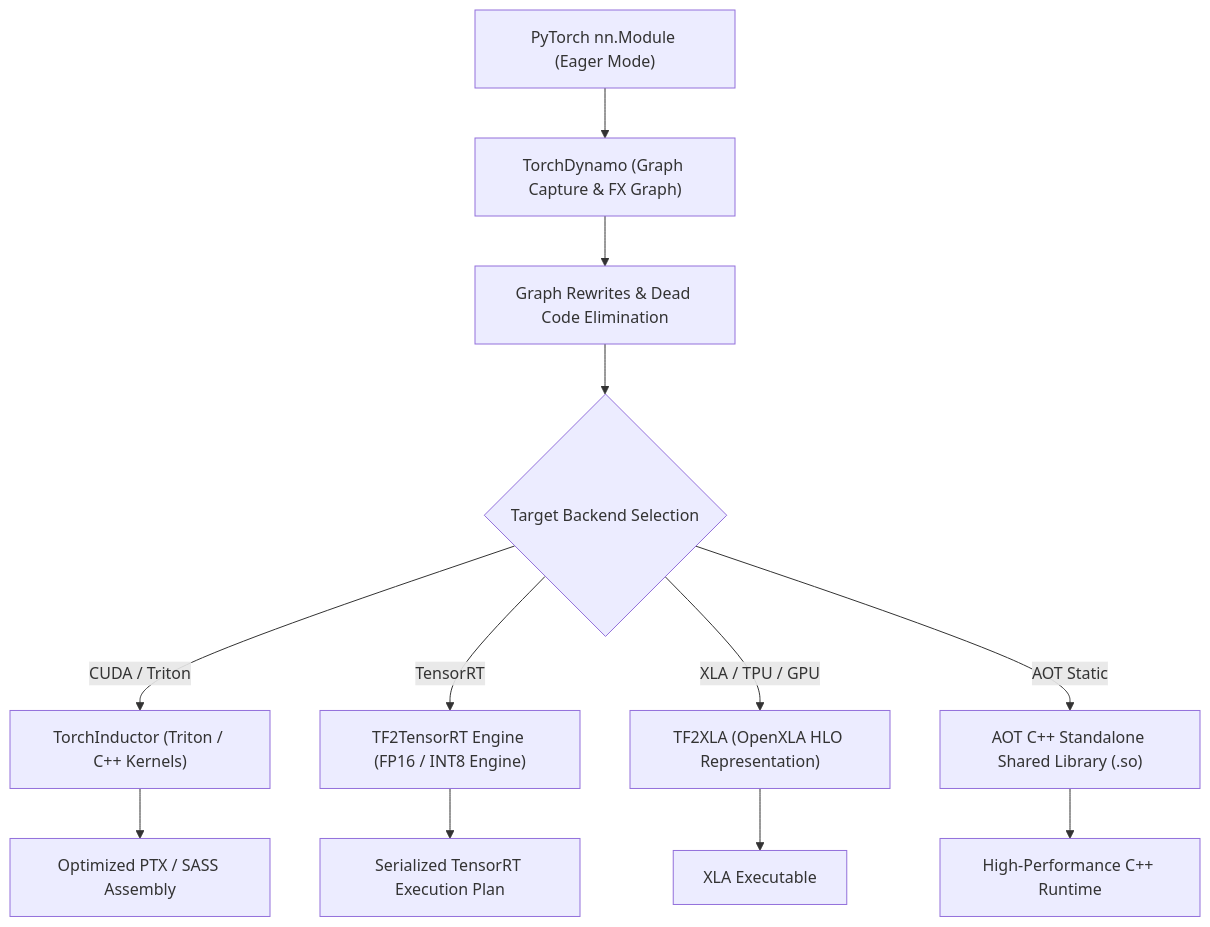
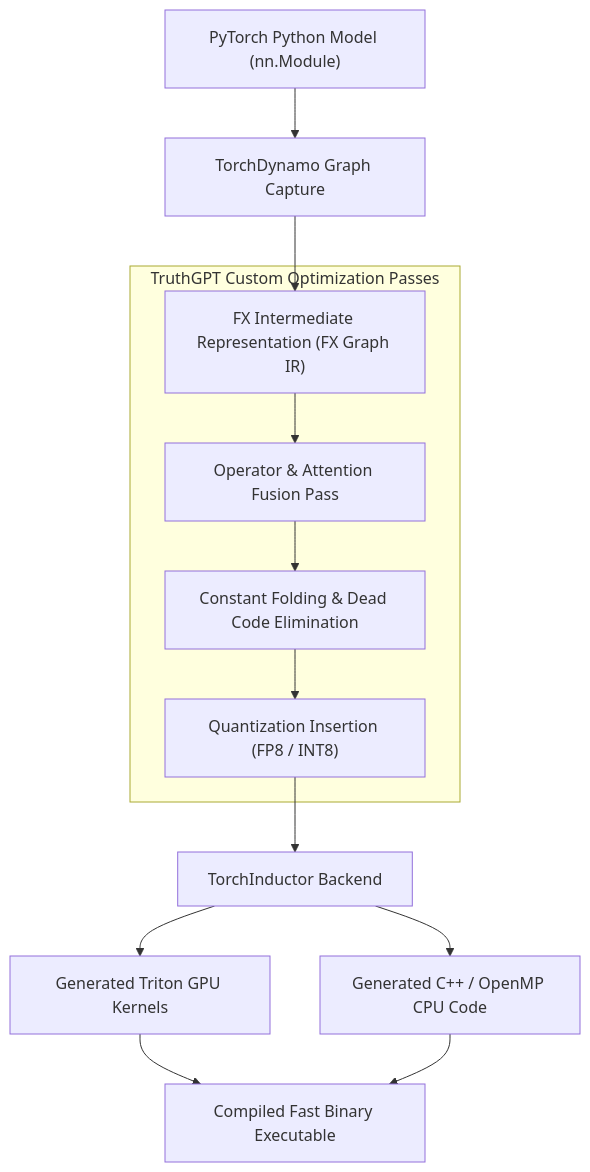
One commit to OpenBlatam/Truthgpt changed the diagram in docs/compiler/compiler_system.md. Above: the diagram before and after it, drawn with Mermaid. The commit also changed other lines of this file and 1 other file, not shown here.

````diff
--- a/docs/compiler/compiler_system.md
+++ b/docs/compiler/compiler_system.md
@@ -9,16 +9,20 @@
 ```mermaid
 graph TD
-    PyTorchModel["PyTorch nn.Module (Eager Mode)"] --> Dynamo["TorchDynamo (Graph Capture & FX Graph)"]
-    Dynamo --> OptimizationPasses["Graph Rewrites & Dead Code Elimination"]
-    OptimizationPasses --> Lowering{"Target Backend Selection"}
+    PY_MODEL["PyTorch Python Model (nn.Module)"] --> DYNAMO["TorchDynamo Graph Capture"]
+    
+    DYNAMO --> FX_GRAPH["FX Intermediate Representation (FX Graph IR)"]
+    
+    subgraph "TruthGPT Custom Optimization Passes"
+        FX_GRAPH --> PASS_FUSION["Operator & Attention Fusion Pass"]
+        PASS_FUSION --> PASS_CONSTANT["Constant Folding & Dead Code Elimination"]
+        PASS_CONSTANT --> PASS_QUANT["Quantization Insertion (FP8 / INT8)"]
+    end
 
-    Lowering -->|CUDA / Triton| Inductor["TorchInductor (Triton / C++ Kernels)"]
-    Lowering -->|TensorRT| TRT["TF2TensorRT Engine (FP16 / INT8 Engine)"]
-    Lowering -->|XLA / TPU / GPU| XLA["TF2XLA (OpenXLA HLO Representation)"]
-    Lowering -->|AOT Static| AOT["AOT C++ Standalone Shared Library (.so)"]
-
-    Inductor --> PTX["Optimized PTX / SASS Assembly"]
-    TRT --> TRTPlan["Serialized TensorRT Execution Plan"]
-    XLA --> XLAExec["XLA Executable"]
-    AOT --> NativeBin["High-Performance C++ Runtime"]
+    PASS_QUANT --> INDUCTOR["TorchInductor Backend"]
+    
+    INDUCTOR --> TRITON_GEN["Generated Triton GPU Kernels"]
+    INDUCTOR --> C_CPP_GEN["Generated C++ / OpenMP CPU Code"]
+    
+    TRITON_GEN --> BINARY["Compiled Fast Binary Executable"]
+    C_CPP_GEN --> BINARY
 ```
````
